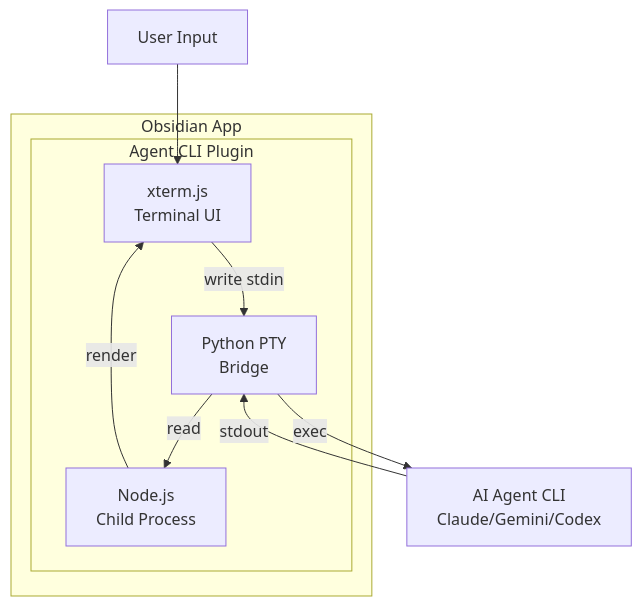
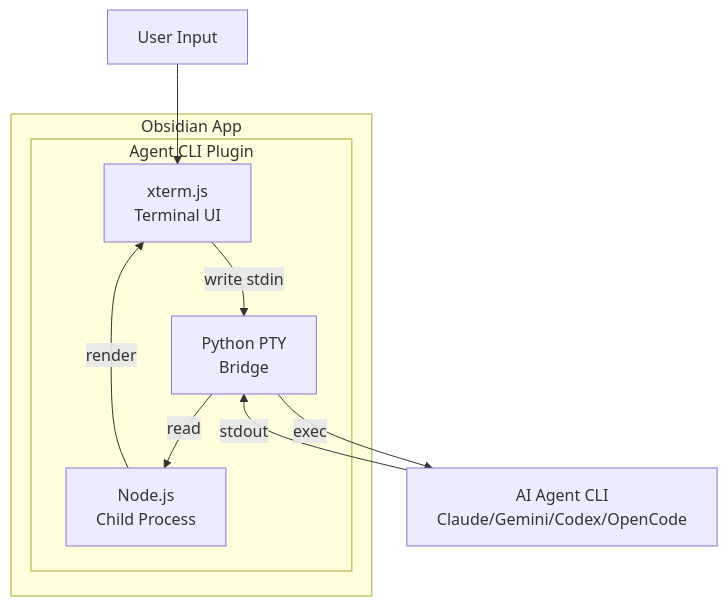
The diagram in README.md (lmovse/agent-cli), drawn with Mermaid before and after one commit. The commit also changed other lines of this file and 1 other file, not shown here.

````diff
--- a/README.md
+++ b/README.md
@@ -27,19 +27,19 @@
 ```mermaid
 graph TB
     subgraph Obsidian["Obsidian App"]
         subgraph Plugin["Agent CLI Plugin"]
             Terminal["xterm.js<br/>Terminal UI"]
             PTY["Python PTY<br/>Bridge"]
             Process["Node.js<br/>Child Process"]
         end
     end
 
-    AgentCLI["AI Agent CLI<br/>Claude/Gemini/Codex"]
+    AgentCLI["AI Agent CLI<br/>Claude/Gemini/Codex/OpenCode"]
 
     User["User Input"] --> Terminal
     Terminal -->|write stdin| PTY
     PTY -->|exec| AgentCLI
     AgentCLI -->|stdout| PTY
     PTY -->|read| Process
     Process -->|render| Terminal
 ```
````
